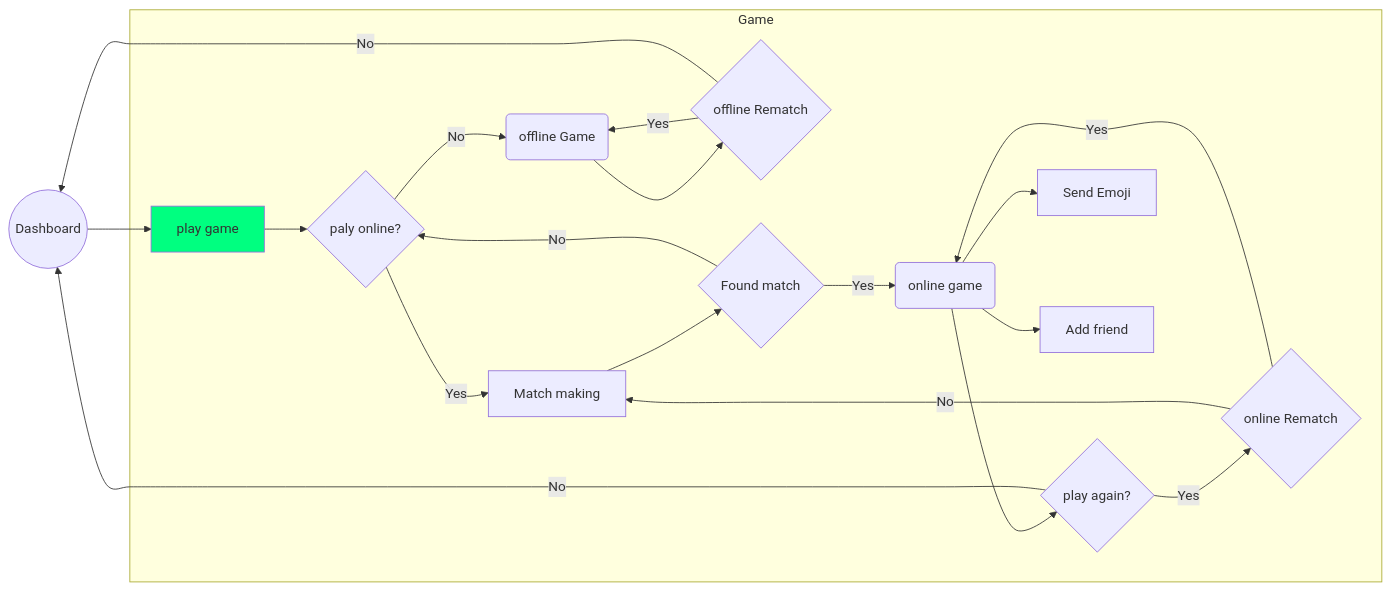
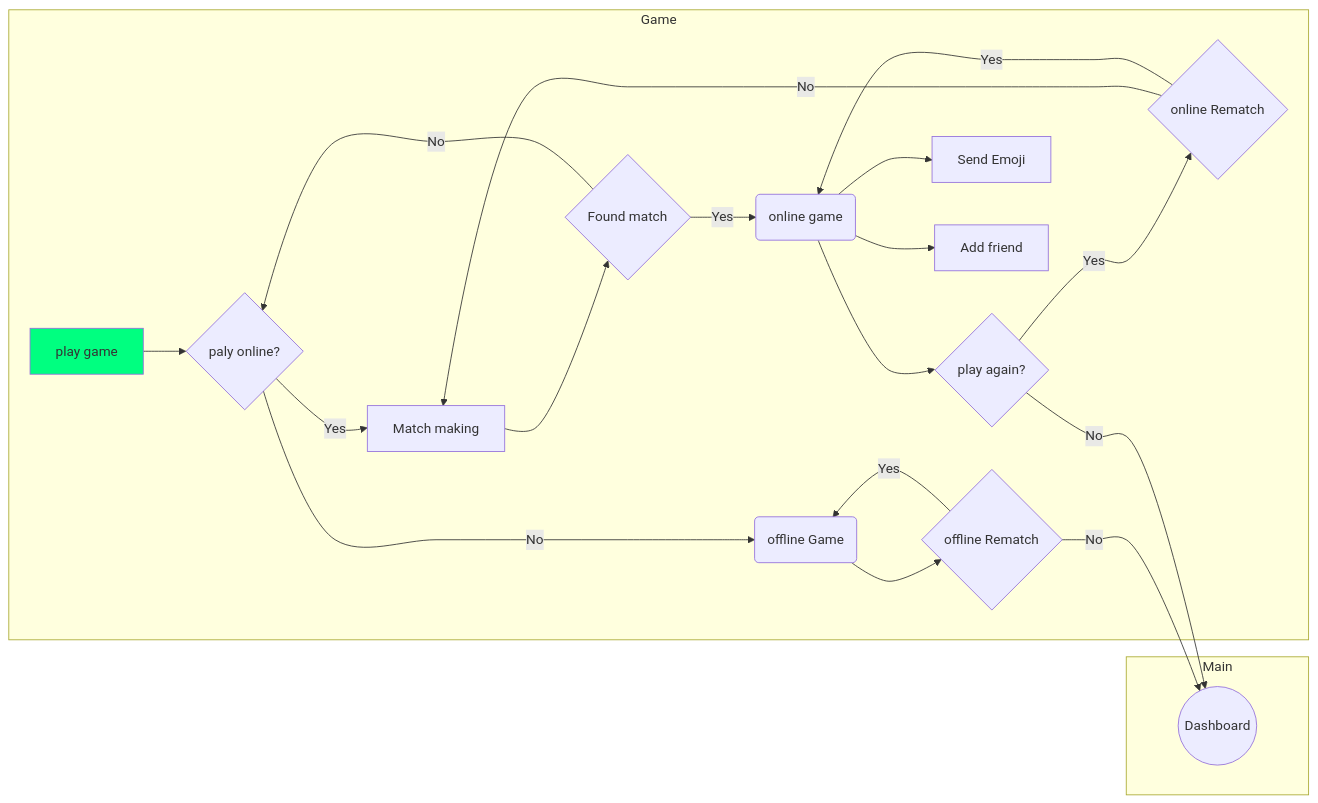
One commit to Salem-1/Transcendence changed the diagram in documetation/flowcharts/game.md. Above: the diagram before and after it, drawn with Mermaid. The commit also changed 6 other files, not shown here.

Commit message:
Updated flowcharts as our last meeting The flow chart are missing the database and some details that will be added as we move along

````diff
--- a/documetation/flowcharts/game.md
+++ b/documetation/flowcharts/game.md
@@ -2,33 +2,34 @@
 ``` mermaid
 %%{init: {'theme': 'default', "flowchart" : { "curve" : "catmullRom" } } }%%
 flowchart LR
 		classDef start fill:#00ff80
 		
-
-		dash((Dashboard))
-		dash --> gbtn[play game]:::start
+		subgraph Main
+			dash((Dashboard))
+		end
 		
 		subgraph  Game
+			gbtn[play game]:::start
 			gbtn --> online{paly online?}
 			online -- No --> offGame(offline Game)
 			online -- Yes --> matching[Match making]
 			offGame --> offRe{offline Rematch}
 			offRe -- Yes --> offGame
 			matching --> matchingOutcome{Found match}
 			matchingOutcome -- No --> online
 			matchingOutcome -- Yes --> OnGame(online game)
 			OnGame --> playagain{play again?}
 			OnGame --> SE[Send Emoji]
 			OnGame --> AF[Add friend]
 			playagain -- Yes --> re{online Rematch}
 			re -- No --> matching 
 			re -- Yes --> OnGame
 		end
 		offRe -- No --> dash
 		playagain -- No --> dash
 
 
 
 
 
 ```
````
